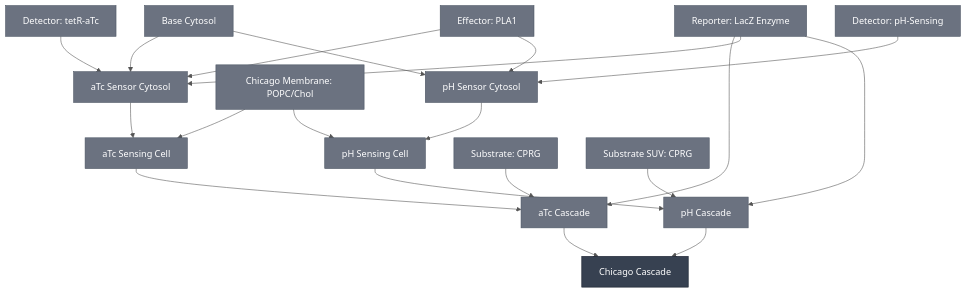
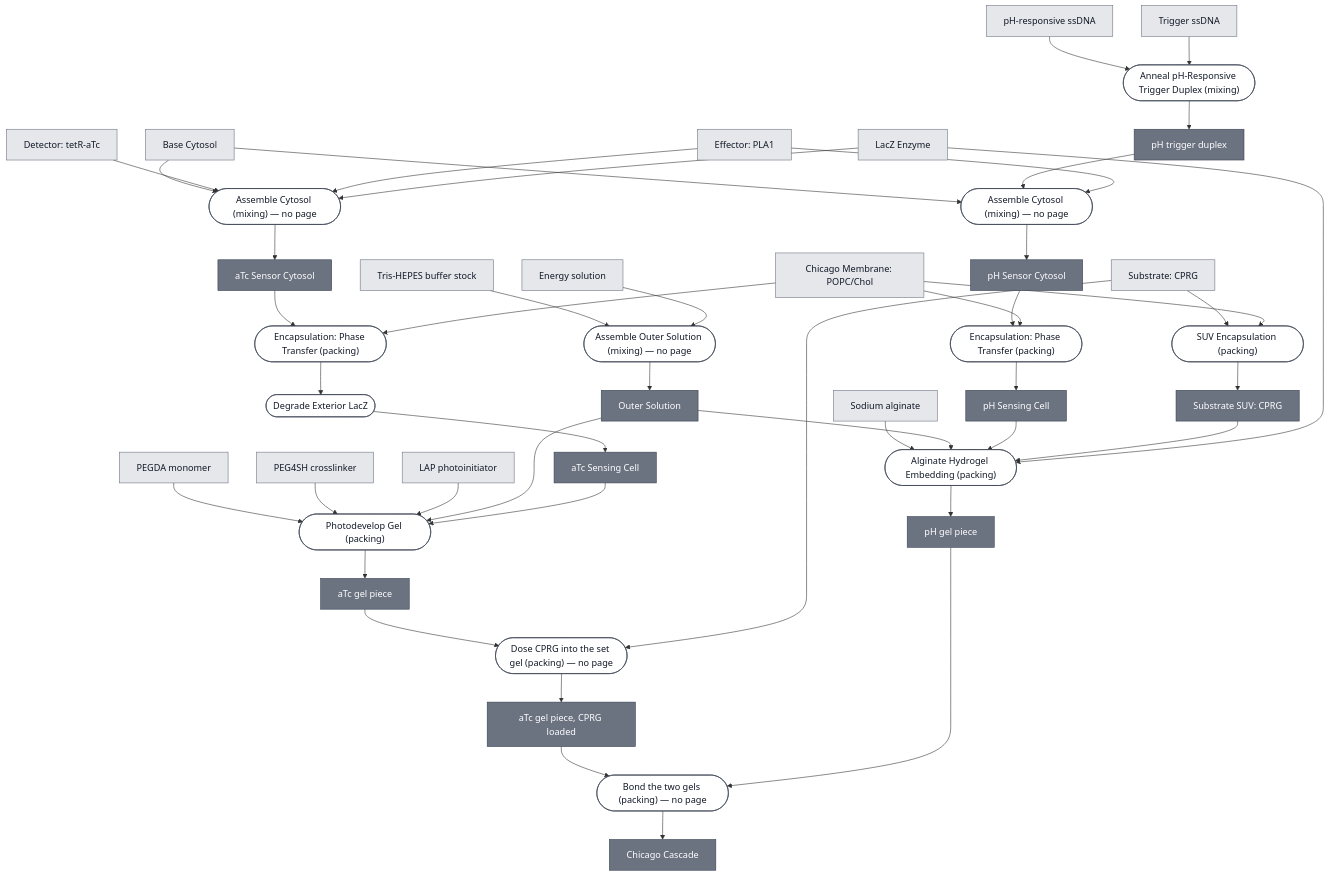
Before and after one commit to nucleus-eng/nucleus-docs: the diagram in docs/modules/chicago-cascade/spec.md, drawn with Mermaid. The commit also changed 12 other files, not shown here.

First line of the commit message:
Give London and Chicago a composition source that names its processes

````diff
--- a/docs/modules/chicago-cascade/spec.md
+++ b/docs/modules/chicago-cascade/spec.md
@@ -37,60 +37,126 @@
 ```mermaid
-%%{init: {'theme': 'base', 'themeVariables': {'lineColor': '#555555', 'edgeLabelBackground': '#ffffff'}}}%%
 flowchart TD
-    ATC_CASCADE["aTc Cascade"]
+    BASE_CYTOSOL["Base Cytosol"]
+    TRIS_HEPES_STOCK["Tris-HEPES buffer stock"]
+    ENERGY_SOLUTION["Energy solution"]
+    MEMBRANE_CHICAGO["Chicago Membrane: POPC/Chol"]
+    EFFECTOR_PLA1["Effector: PLA1"]
+    REPORTER_LACZ_ENZYME["LacZ Enzyme"]
+    SUBSTRATE_CPRG["Substrate: CPRG"]
+    DETECTOR_TETR_ATC["Detector: tetR-aTc"]
+    PEGDA_MONOMER["PEGDA monomer"]
+    PEG4SH["PEG4SH crosslinker"]
+    LAP["LAP photoinitiator"]
+    PH_RESPONSIVE_SSDNA["pH-responsive ssDNA"]
+    TRIGGER_SSDNA["Trigger ssDNA"]
+    ALGINATE["Sodium alginate"]
+
+    P1_ASSEMBLE_OUTER_SOLUTION_0(["Assemble Outer Solution (mixing) — no page"])
+    CHICAGO_OUTER_SOLUTION["Outer Solution"]
+    P2_ASSEMBLE_ATC_CYTOSOL_0(["Assemble Cytosol (mixing) — no page"])
+    ATC_SENSOR_CYTOSOL["aTc Sensor Cytosol"]
+    P3_ENCAPSULATE_ATC_0(["Encapsulation: Phase Transfer (packing)"])
+    P3_ENCAPSULATE_ATC_1(["Degrade Exterior LacZ"])
     ATC_SENSING_CELL["aTc Sensing Cell"]
-    ATC_SENSOR_CYTOSOL["aTc Sensor Cytosol"]
-    BASE_CYTOSOL["Base Cytosol"]
+    P4_PHOTODEVELOP_ATC_GEL_0(["Photodevelop Gel (packing)"])
+    ATC_GEL["aTc gel piece"]
+    P5_DOSE_CPRG_INTO_ATC_GEL_0(["Dose CPRG into the set gel (packing) — no page"])
+    ATC_GEL_LOADED["aTc gel piece, CPRG loaded"]
+    P6_ANNEAL_TRIGGER_DUPLEX_0(["Anneal pH-Responsive Trigger Duplex (mixing)"])
+    PH_TRIGGER_DUPLEX["pH trigger duplex"]
+    P7_ASSEMBLE_PH_CYTOSOL_0(["Assemble Cytosol (mixing) — no page"])
+    PH_SENSOR_CYTOSOL["pH Sensor Cytosol"]
+    P8_ENCAPSULATE_PH_0(["Encapsulation: Phase Transfer (packing)"])
+    PH_SENSING_CELL["pH Sensing Cell"]
+    P9_ENCAPSULATE_SUBSTRATE_SUV_0(["SUV Encapsulation (packing)"])
+    SUBSTRATE_CPRG_SUV["Substrate SUV: CPRG"]
+    P10_EMBED_ALGINATE_0(["Alginate Hydrogel Embedding (packing)"])
+    PH_GEL["pH gel piece"]
+    P11_BOND_GELS_0(["Bond the two gels (packing) — no page"])
     CHICAGO_CASCADE["Chicago Cascade"]
-    DETECTOR_PH["Detector: pH-Sensing"]
-    DETECTOR_TETR_ATC["Detector: tetR-aTc"]
-    EFFECTOR_PLA1["Effector: PLA1"]
-    MEMBRANE_POPC_CHOL_CHICAGO["Chicago Membrane: POPC/Chol"]
-    PH_CASCADE["pH Cascade"]
-    PH_SENSING_CELL["pH Sensing Cell"]
-    PH_SENSOR_CYTOSOL["pH Sensor Cytosol"]
-    REPORTER_LACZ_ENZYME["Reporter: LacZ Enzyme"]
-    SUBSTRATE_CPRG["Substrate: CPRG"]
-    SUBSTRATE_CPRG_SUV["Substrate SUV: CPRG"]
 
-    ATC_SENSING_CELL --> ATC_CASCADE
-    REPORTER_LACZ_ENZYME --> ATC_CASCADE
-    SUBSTRATE_CPRG --> ATC_CASCADE
-    ATC_SENSOR_CYTOSOL --> ATC_SENSING_CELL
-    MEMBRANE_POPC_CHOL_CHICAGO --> ATC_SENSING_CELL
-    BASE_CYTOSOL --> ATC_SENSOR_CYTOSOL
-    DETECTOR_TETR_ATC --> ATC_SENSOR_CYTOSOL
-    EFFECTOR_PLA1 --> ATC_SENSOR_CYTOSOL
-    REPORTER_LACZ_ENZYME --> ATC_SENSOR_CYTOSOL
-    ATC_CASCADE --> CHICAGO_CASCADE
-    PH_CASCADE --> CHICAGO_CASCADE
-    PH_SENSING_CELL --> PH_CASCADE
-    REPORTER_LACZ_ENZYME --> PH_CASCADE
-    SUBSTRATE_CPRG_SUV --> PH_CASCADE
-    PH_SENSOR_CYTOSOL --> PH_SENSING_CELL
-    MEMBRANE_POPC_CHOL_CHICAGO --> PH_SENSING_CELL
-    BASE_CYTOSOL --> PH_SENSOR_CYTOSOL
-    DETECTOR_PH --> PH_SENSOR_CYTOSOL
-    EFFECTOR_PLA1 --> PH_SENSOR_CYTOSOL
+    TRIS_HEPES_STOCK --> P1_ASSEMBLE_OUTER_SOLUTION_0
+    ENERGY_SOLUTION --> P1_ASSEMBLE_OUTER_SOLUTION_0
+    P1_ASSEMBLE_OUTER_SOLUTION_0 --> CHICAGO_OUTER_SOLUTION
 
-    classDef constituent fill:#6B7280,color:#ffffff,stroke:#4B5563;
-    classDef this fill:#374151,color:#ffffff,stroke:#111827;
-    class ATC_CASCADE,ATC_SENSING_CELL,ATC_SENSOR_CYTOSOL,BASE_CYTOSOL,DETECTOR_PH,DETECTOR_TETR_ATC,EFFECTOR_PLA1,MEMBRANE_POPC_CHOL_CHICAGO,PH_CASCADE,PH_SENSING_CELL,PH_SENSOR_CYTOSOL,REPORTER_LACZ_ENZYME,SUBSTRATE_CPRG,SUBSTRATE_CPRG_SUV constituent;
-    class CHICAGO_CASCADE this;
+    BASE_CYTOSOL --> P2_ASSEMBLE_ATC_CYTOSOL_0
+    DETECTOR_TETR_ATC --> P2_ASSEMBLE_ATC_CYTOSOL_0
+    EFFECTOR_PLA1 --> P2_ASSEMBLE_ATC_CYTOSOL_0
+    REPORTER_LACZ_ENZYME --> P2_ASSEMBLE_ATC_CYTOSOL_0
+    P2_ASSEMBLE_ATC_CYTOSOL_0 --> ATC_SENSOR_CYTOSOL
 
-    click ATC_CASCADE "/docs/modules/atc-cascade/spec"
-    click ATC_SENSING_CELL "/docs/modules/atc-sensing-cell/spec"
-    click ATC_SENSOR_CYTOSOL "/docs/modules/atc-sensor-cytosol/spec"
+    ATC_SENSOR_CYTOSOL --> P3_ENCAPSULATE_ATC_0
+    MEMBRANE_CHICAGO --> P3_ENCAPSULATE_ATC_0
+    P3_ENCAPSULATE_ATC_0 --> P3_ENCAPSULATE_ATC_1
+    P3_ENCAPSULATE_ATC_1 --> ATC_SENSING_CELL
+
+    PEGDA_MONOMER --> P4_PHOTODEVELOP_ATC_GEL_0
+    PEG4SH --> P4_PHOTODEVELOP_ATC_GEL_0
+    LAP --> P4_PHOTODEVELOP_ATC_GEL_0
+    CHICAGO_OUTER_SOLUTION --> P4_PHOTODEVELOP_ATC_GEL_0
+    ATC_SENSING_CELL --> P4_PHOTODEVELOP_ATC_GEL_0
+    P4_PHOTODEVELOP_ATC_GEL_0 --> ATC_GEL
+
+    ATC_GEL --> P5_DOSE_CPRG_INTO_ATC_GEL_0
+    SUBSTRATE_CPRG --> P5_DOSE_CPRG_INTO_ATC_GEL_0
+    P5_DOSE_CPRG_INTO_ATC_GEL_0 --> ATC_GEL_LOADED
+
+    PH_RESPONSIVE_SSDNA --> P6_ANNEAL_TRIGGER_DUPLEX_0
+    TRIGGER_SSDNA --> P6_ANNEAL_TRIGGER_DUPLEX_0
+    P6_ANNEAL_TRIGGER_DUPLEX_0 --> PH_TRIGGER_DUPLEX
+
+    BASE_CYTOSOL --> P7_ASSEMBLE_PH_CYTOSOL_0
+    PH_TRIGGER_DUPLEX --> P7_ASSEMBLE_PH_CYTOSOL_0
+    EFFECTOR_PLA1 --> P7_ASSEMBLE_PH_CYTOSOL_0
+    P7_ASSEMBLE_PH_CYTOSOL_0 --> PH_SENSOR_CYTOSOL
+
+    PH_SENSOR_CYTOSOL --> P8_ENCAPSULATE_PH_0
+    MEMBRANE_CHICAGO --> P8_ENCAPSULATE_PH_0
+    P8_ENCAPSULATE_PH_0 --> PH_SENSING_CELL
+
+    SUBSTRATE_CPRG --> P9_ENCAPSULATE_SUBSTRATE_SUV_0
+    MEMBRANE_CHICAGO --> P9_ENCAPSULATE_SUBSTRATE_SUV_0
+    P9_ENCAPSULATE_SUBSTRATE_SUV_0 --> SUBSTRATE_CPRG_SUV
+
+    ALGINATE --> P10_EMBED_ALGINATE_0
+    CHICAGO_OUTER_SOLUTION --> P10_EMBED_ALGINATE_0
+    PH_SENSING_CELL --> P10_EMBED_ALGINATE_0
+    SUBSTRATE_CPRG_SUV --> P10_EMBED_ALGINATE_0
+    REPORTER_LACZ_ENZYME --> P10_EMBED_ALGINATE_0
+    P10_EMBED_ALGINATE_0 --> PH_GEL
+
+    ATC_GEL_LOADED --> P11_BOND_GELS_0
+    PH_GEL --> P11_BOND_GELS_0
+    P11_BOND_GELS_0 --> CHICAGO_CASCADE
+
+
+    classDef leaf     fill:#e5e7eb,stroke:#6b7280,color:#111827;
+    classDef composed fill:#6b7280,stroke:#374151,color:#ffffff;
+    classDef process  fill:#ffffff,stroke:#374151,color:#111827;
+    class BASE_CYTOSOL,TRIS_HEPES_STOCK,ENERGY_SOLUTION,MEMBRANE_CHICAGO,EFFECTOR_PLA1,REPORTER_LACZ_ENZYME,SUBSTRATE_CPRG,DETECTOR_TETR_ATC,PEGDA_MONOMER,PEG4SH,LAP,PH_RESPONSIVE_SSDNA,TRIGGER_SSDNA,ALGINATE leaf;
+    class CHICAGO_OUTER_SOLUTION,ATC_SENSOR_CYTOSOL,ATC_SENSING_CELL,ATC_GEL,ATC_GEL_LOADED,PH_TRIGGER_DUPLEX,PH_SENSOR_CYTOSOL,PH_SENSING_CELL,SUBSTRATE_CPRG_SUV,PH_GEL,CHICAGO_CASCADE composed;
+    class P1_ASSEMBLE_OUTER_SOLUTION_0,P2_ASSEMBLE_ATC_CYTOSOL_0,P3_ENCAPSULATE_ATC_0,P3_ENCAPSULATE_ATC_1,P4_PHOTODEVELOP_ATC_GEL_0,P5_DOSE_CPRG_INTO_ATC_GEL_0,P6_ANNEAL_TRIGGER_DUPLEX_0,P7_ASSEMBLE_PH_CYTOSOL_0,P8_ENCAPSULATE_PH_0,P9_ENCAPSULATE_SUBSTRATE_SUV_0,P10_EMBED_ALGINATE_0,P11_BOND_GELS_0 process;
+
     click BASE_CYTOSOL "/docs/modules/base-cytosol/spec"
-    click CHICAGO_CASCADE "/docs/modules/chicago-cascade/spec"
-    click DETECTOR_PH "/docs/modules/detector-ph/spec"
-    click DETECTOR_TETR_ATC "/docs/modules/detector-tetr-atc/spec"
+    click MEMBRANE_CHICAGO "/docs/modules/membrane-popc-chol-chicago/spec"
     click EFFECTOR_PLA1 "/docs/modules/effector-pla1/spec"
-    click MEMBRANE_POPC_CHOL_CHICAGO "/docs/modules/membrane-popc-chol-chicago/spec"
-    click PH_CASCADE "/docs/modules/ph-cascade/spec"
-    click PH_SENSING_CELL "/docs/modules/ph-sensing-cell/spec"
-    click PH_SENSOR_CYTOSOL "/docs/modules/ph-sensor-cytosol/spec"
     click REPORTER_LACZ_ENZYME "/docs/modules/reporter-lacz-enzyme/spec"
     click SUBSTRATE_CPRG "/docs/modules/substrate-cprg/spec"
+    click DETECTOR_TETR_ATC "/docs/modules/detector-tetr-atc/spec"
+    click PEGDA_MONOMER "/docs/modules/gel-pegda/spec"
+    click ALGINATE "/docs/modules/gel-alginate/spec"
+    click ATC_SENSOR_CYTOSOL "/docs/modules/atc-sensor-cytosol/spec"
+    click P3_ENCAPSULATE_ATC_0 "/docs/processes/assemble-base-cell/main"
+    click P3_ENCAPSULATE_ATC_1 "/docs/processes/degrade-exterior-lacz/main"
+    click ATC_SENSING_CELL "/docs/modules/atc-sensing-cell/spec"
+    click P4_PHOTODEVELOP_ATC_GEL_0 "/docs/processes/photodevelop-gel/main"
+    click P6_ANNEAL_TRIGGER_DUPLEX_0 "/docs/processes/anneal-ph-trigger-duplex/main"
+    click PH_TRIGGER_DUPLEX "/docs/modules/detector-ph/spec"
+    click PH_SENSOR_CYTOSOL "/docs/modules/ph-sensor-cytosol/spec"
+    click P8_ENCAPSULATE_PH_0 "/docs/processes/assemble-base-cell/main"
+    click PH_SENSING_CELL "/docs/modules/ph-sensing-cell/spec"
+    click P9_ENCAPSULATE_SUBSTRATE_SUV_0 "/docs/processes/encapsulate-suv/main"
     click SUBSTRATE_CPRG_SUV "/docs/modules/substrate-cprg-suv/spec"
+    click P10_EMBED_ALGINATE_0 "/docs/processes/embed-alginate-hydrogel/main"
+    click CHICAGO_CASCADE "/docs/modules/chicago-cascade/spec"
 ```
````
